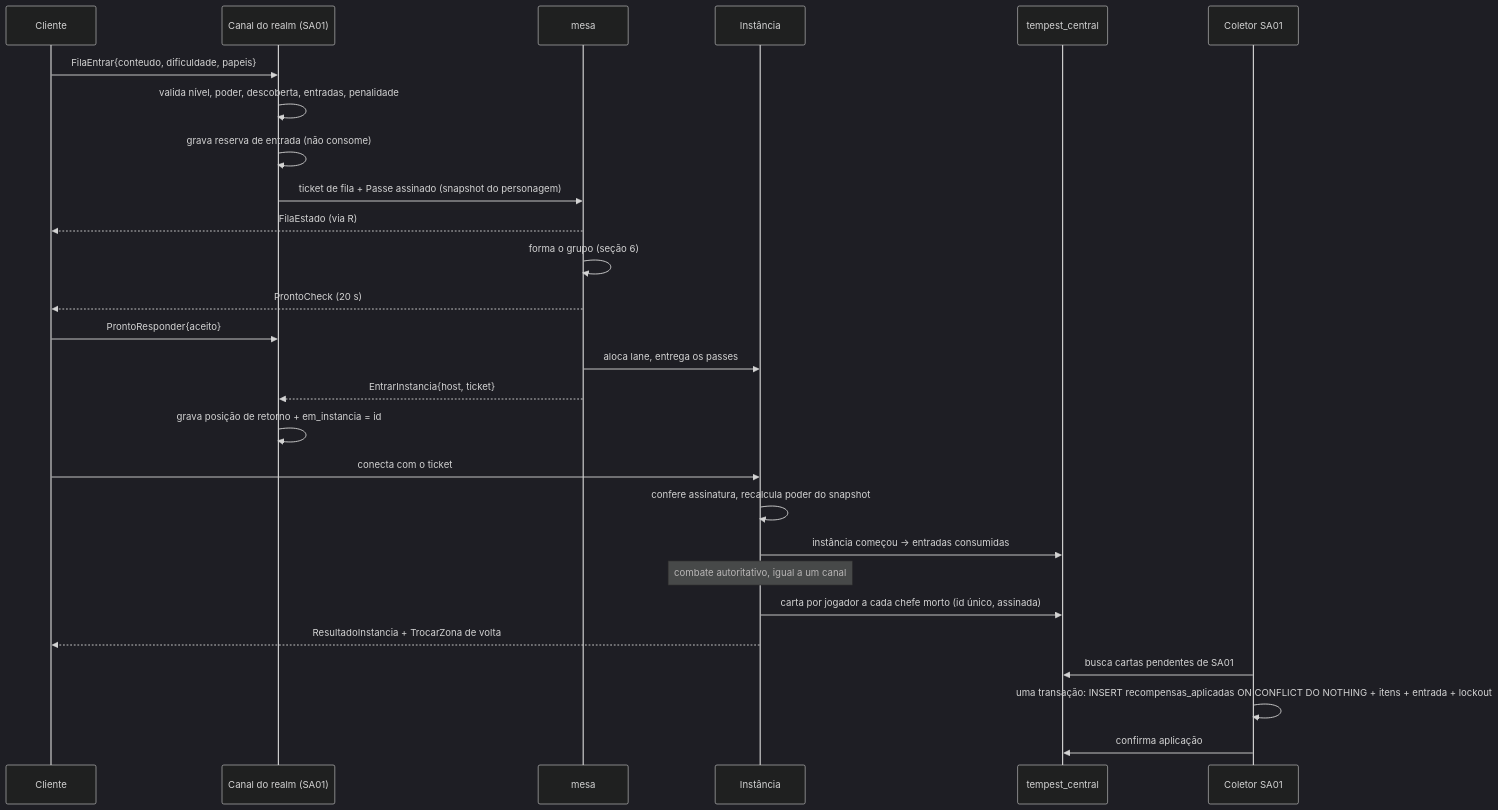
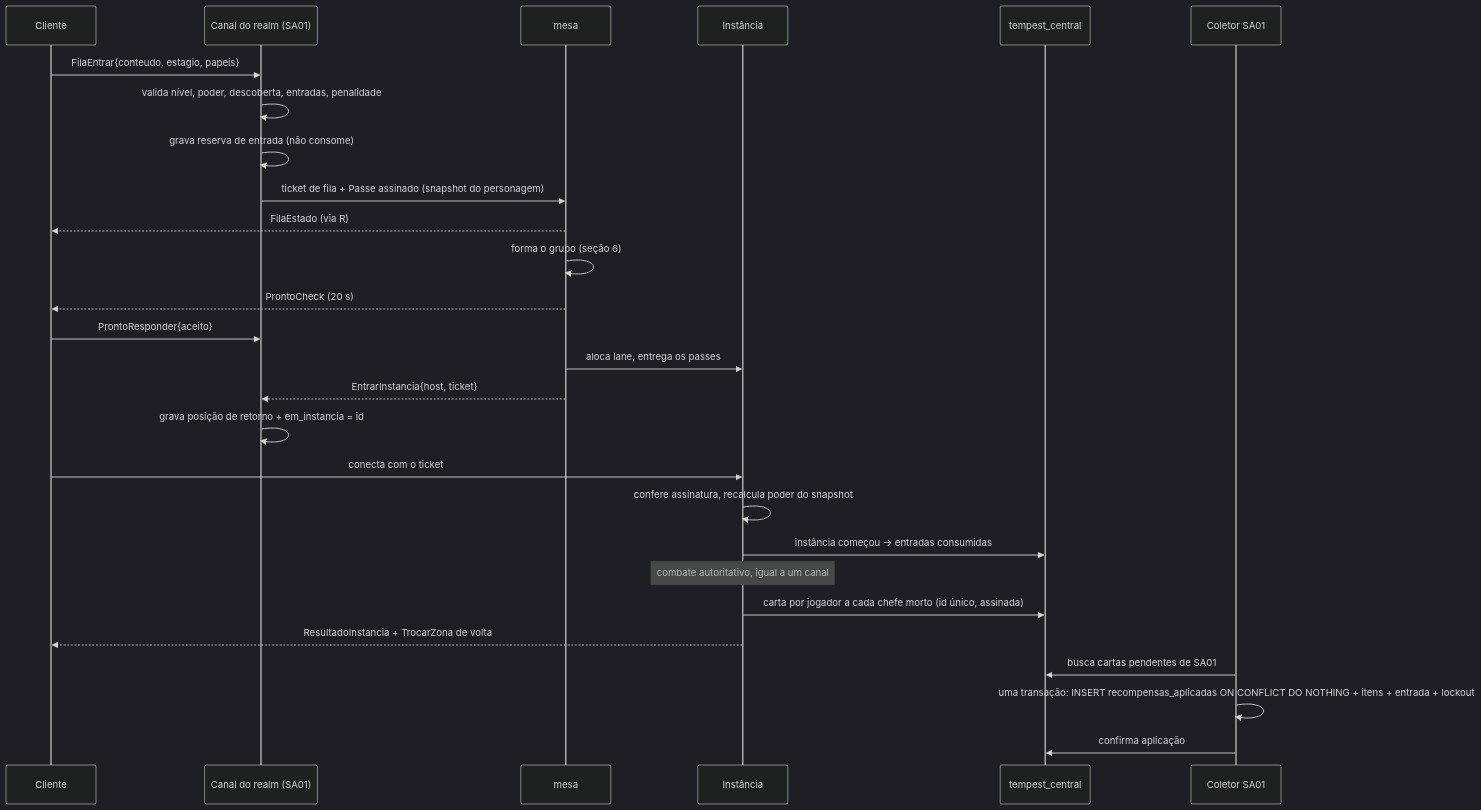
The second of 2 diagrams in docs/DUNGEONS_E_RAIDS.md (brunosr3003/2dEngine), drawn with Mermaid (dark theme) before and after one commit. The commit also changed other lines of this file, not shown here.

Commit message:
Plano das dungeons: so com fim, estagios numerados, lista + fila, morte sem perda

````diff
--- a/docs/DUNGEONS_E_RAIDS.md
+++ b/docs/DUNGEONS_E_RAIDS.md
@@ -252,29 +310,29 @@
 ```mermaid
 sequenceDiagram
   participant J as Cliente
   participant R as Canal do realm (SA01)
   participant M as mesa
   participant I as Instância
   participant C as tempest_central
   participant K as Coletor SA01
-  J->>R: FilaEntrar{conteudo, dificuldade, papeis}
+  J->>R: FilaEntrar{conteudo, estagio, papeis}
   R->>R: valida nível, poder, descoberta, entradas, penalidade
   R->>R: grava reserva de entrada (não consome)
   R->>M: ticket de fila + Passe assinado (snapshot do personagem)
   M-->>J: FilaEstado (via R)
   M->>M: forma o grupo (seção 6)
   M-->>J: ProntoCheck (20 s)
   J->>R: ProntoResponder{aceito}
   M->>I: aloca lane, entrega os passes
   M-->>R: EntrarInstancia{host, ticket}
   R->>R: grava posição de retorno + em_instancia = id
   J->>I: conecta com o ticket
   I->>I: confere assinatura, recalcula poder do snapshot
   I->>C: instância começou → entradas consumidas
   Note over I: combate autoritativo, igual a um canal
   I->>C: carta por jogador a cada chefe morto (id único, assinada)
   I-->>J: ResultadoInstancia + TrocarZona de volta
   K->>C: busca cartas pendentes de SA01
   K->>K: uma transação: INSERT recompensas_aplicadas ON CONFLICT DO NOTHING + itens + entrada + lockout
   K->>C: confirma aplicação
 ```
````
